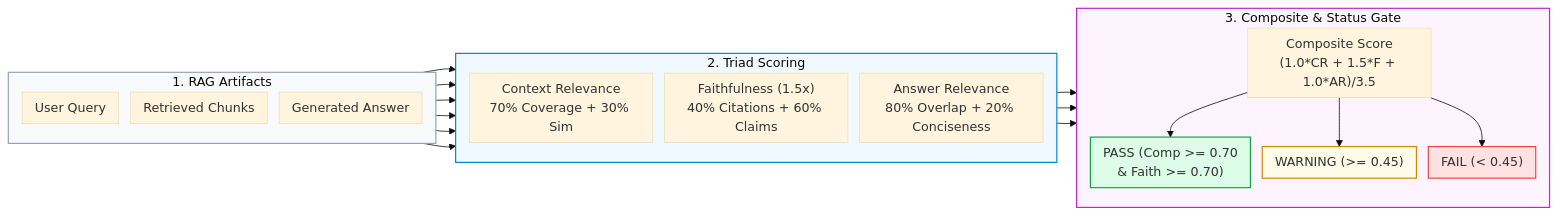
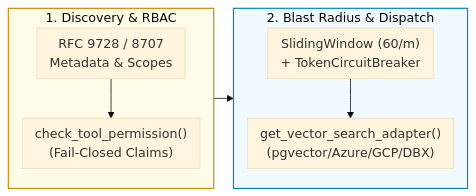
One commit to Kenono2000/enterprise-rag-pgvector-rbac changed the seventh of 12 diagrams in README.md. Above: the diagram before and after it, drawn with Mermaid (base theme). The commit also changed other lines of this file, not shown here.

Commit message:
docs: update README navigation, diagrams, and section numbering

````diff
--- a/README.md
+++ b/README.md
@@ -246,41 +223,15 @@
 ```mermaid
 %%{init: {'flowchart': {'nodeSpacing': 15, 'rankSpacing': 25, 'padding': 8}}}%%
 flowchart LR
-    subgraph Input ["1. RAG Artifacts"]
+    subgraph Auth ["1. Discovery &amp; RBAC"]
         direction TB
-        Q["User Query"]
-        C["Retrieved Chunks"]
-        A["Generated Answer"]
+        Meta["RFC 9728 / 8707<br/>Metadata &amp; Scopes"] --> RBAC["check_tool_permission()<br/>(Fail-Closed Claims)"]
     end
-    subgraph Metrics ["2. Triad Scoring"]
+    subgraph Guard ["2. Blast Radius &amp; Dispatch"]
         direction TB
-        CR["Context Relevance<br/>70% Coverage + 30% Sim"]
-        Faith["Faithfulness (1.5x)<br/>40% Citations + 60% Claims"]
-        AR["Answer Relevance<br/>80% Overlap + 20% Conciseness"]
+        Rate["SlidingWindow (60/m)<br/>+ TokenCircuitBreaker"] --> Adapter["get_vector_search_adapter()<br/>(pgvector/Azure/GCP/DBX)"]
     end
-    subgraph Gate ["3. Composite &amp; Status Gate"]
-        direction TB
-        Comp["Composite Score<br/>(1.0*CR + 1.5*F + 1.0*AR)/3.5"]
-        Pass["PASS (Comp &gt;= 0.70<br/>&amp; Faith &gt;= 0.70)"]
-        Warn["WARNING (&gt;= 0.45)"]
-        Fail["FAIL (&lt; 0.45)"]
-        Comp --> Pass
-        Comp --> Warn
-        Comp --> Fail
-    end
-    Q --> CR
-    C --> CR
-    C --> Faith
-    A --> Faith
-    Q --> AR
-    A --> AR
-    CR --> Comp
-    Faith --> Comp
-    AR --> Comp
-    style Input fill:#f8fafc,stroke:#94a3b8,stroke-width:1.5px
-    style Metrics fill:#f0f9ff,stroke:#0284c7,stroke-width:1.5px
-    style Gate fill:#fdf4ff,stroke:#c026d3,stroke-width:1.5px
-    style Pass fill:#dcfce7,stroke:#16a34a,stroke-width:1.5px
-    style Warn fill:#fefce8,stroke:#ca8a04,stroke-width:1.5px
-    style Fail fill:#fee2e2,stroke:#ef4444,stroke-width:1.5px
+    Auth --> Guard
+    style Auth fill:#fefce8,stroke:#ca8a04,stroke-width:1.5px
+    style Guard fill:#f0f9ff,stroke:#0284c7,stroke-width:1.5px
 ```
````
